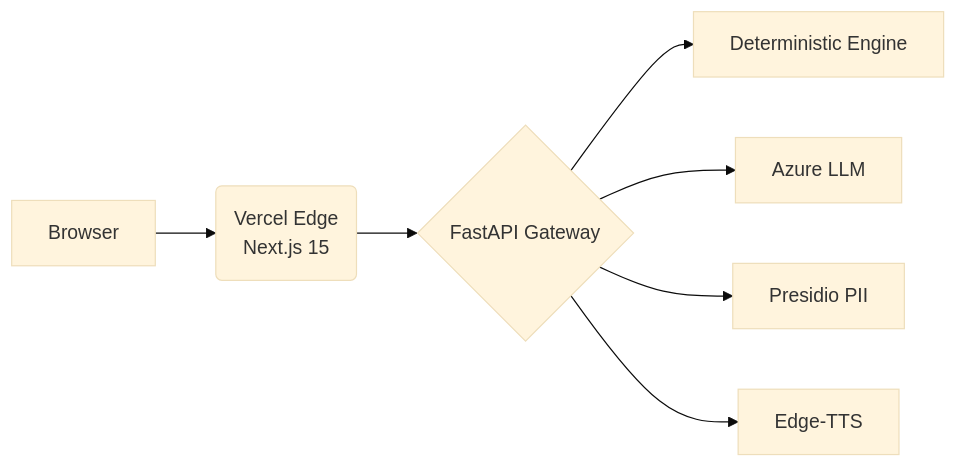
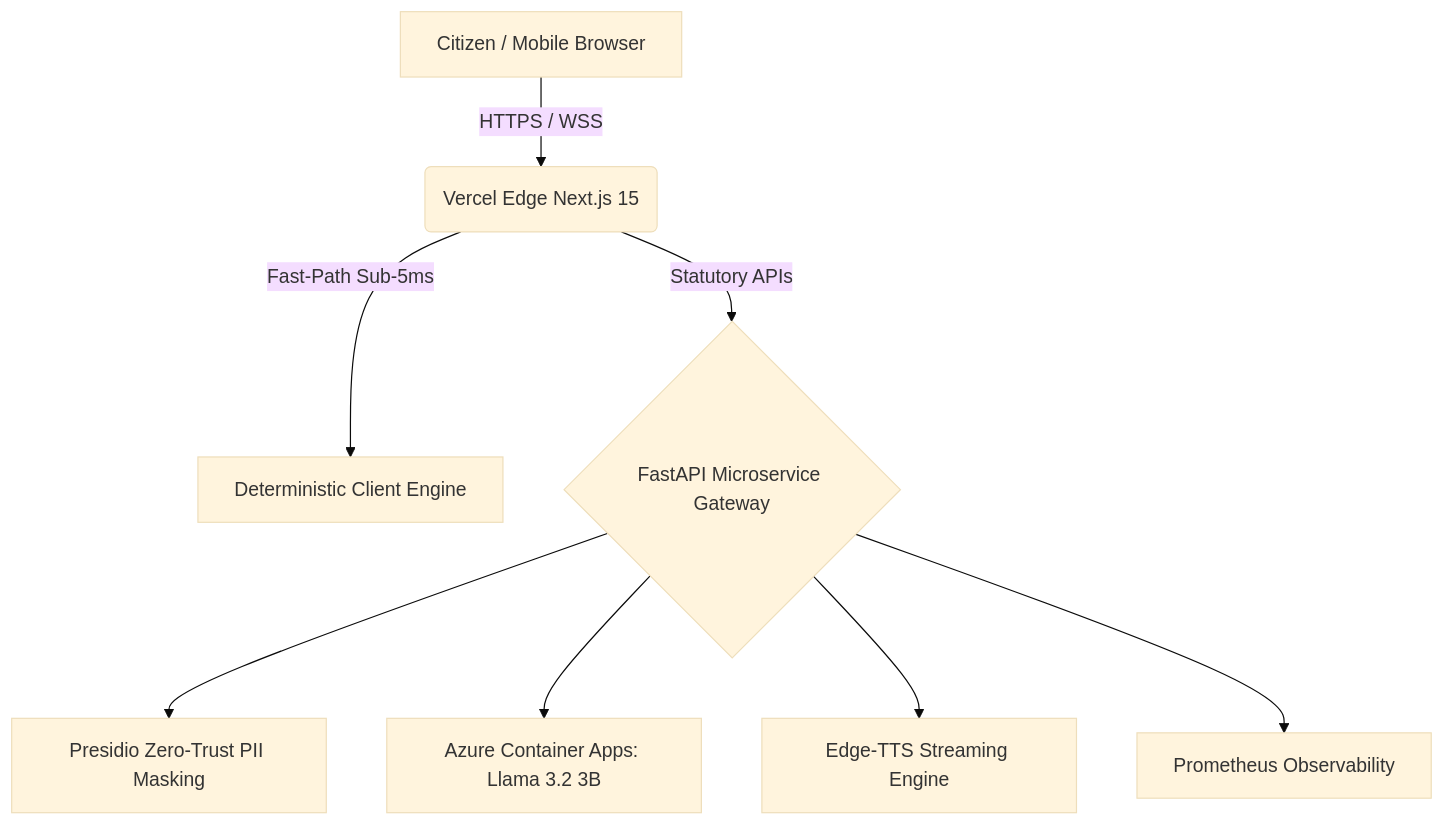
One commit to damik2007/jan-epf-ai changed the diagram in README.md. Above: the diagram before and after it, drawn with Mermaid (base theme). The commit also changed other lines of this file and 13 other files, not shown here.

````diff
--- a/README.md
+++ b/README.md
@@ -41,9 +81,10 @@
 ```mermaid
-graph LR
-    A[Browser] --> B(Vercel Edge<br/>Next.js 15)
-    B --> C{FastAPI Gateway}
-    C --> D[Deterministic Engine]
-    C --> E[Azure LLM]
-    C --> F[Presidio PII]
-    C --> G[Edge-TTS]
+graph TD
+    A[Citizen / Mobile Browser] -->|HTTPS / WSS| B(Vercel Edge Next.js 15)
+    B -->|Fast-Path Sub-5ms| C[Deterministic Client Engine]
+    B -->|Statutory APIs| D{FastAPI Microservice Gateway}
+    D --> E[Presidio Zero-Trust PII Masking]
+    D --> F[Azure Container Apps: Llama 3.2 3B]
+    D --> G[Edge-TTS Streaming Engine]
+    D --> H[Prometheus Observability]
 ```
````
